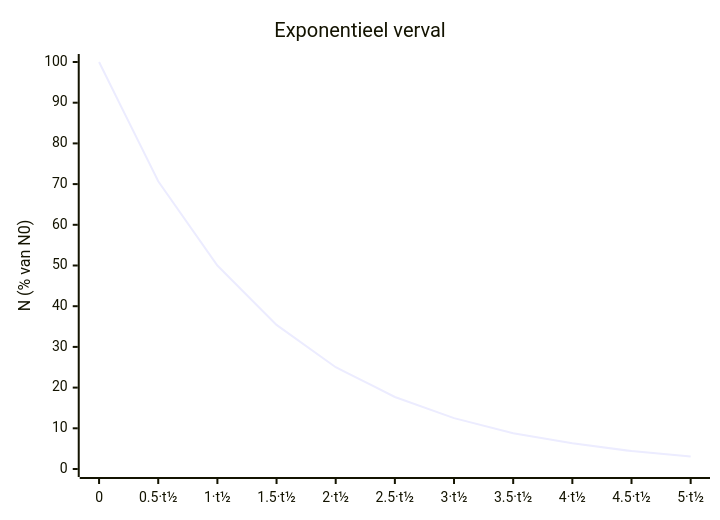
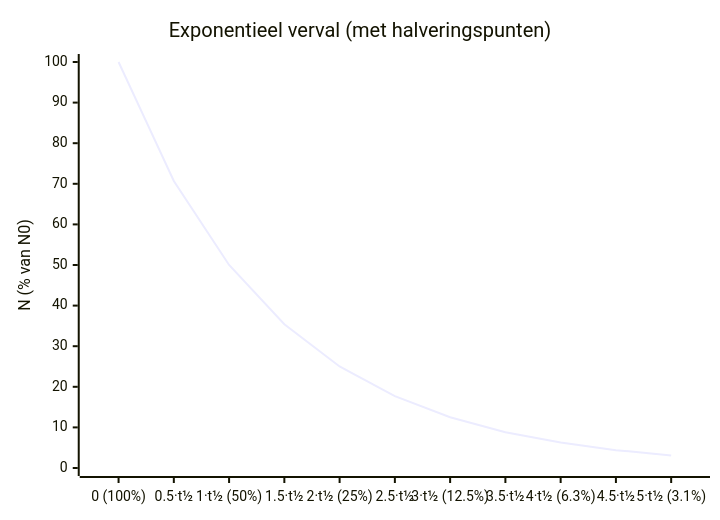
Before and after one commit to ChristianScholtens/-: the diagram in Natuurkunde H5.md, drawn with Mermaid.

Commit message:
Update Natuurkunde H5.md

````diff
--- a/Natuurkunde H5.md
+++ b/Natuurkunde H5.md
@@ -570,7 +570,7 @@
 ```mermaid
 xychart-beta
-    title "Exponentieel verval"
-    x-axis ["0", "0.5·t½", "1·t½", "1.5·t½", "2·t½", "2.5·t½", "3·t½", "3.5·t½", "4·t½", "4.5·t½", "5·t½"]
+    title "Exponentieel verval (met halveringspunten)"
+    x-axis ["0 (100%)", "0.5·t½", "1·t½ (50%)", "1.5·t½", "2·t½ (25%)", "2.5·t½", "3·t½ (12.5%)", "3.5·t½", "4·t½ (6.3%)", "4.5·t½", "5·t½ (3.1%)"]
     y-axis "N (% van N0)" 0 --> 100
     line [100, 70.7, 50, 35.4, 25, 17.7, 12.5, 8.8, 6.3, 4.4, 3.1]
 ```
````
